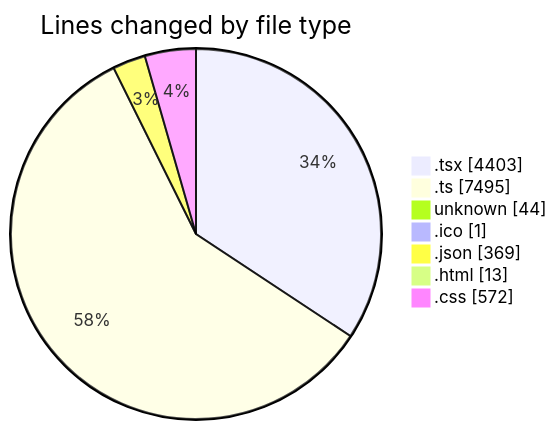
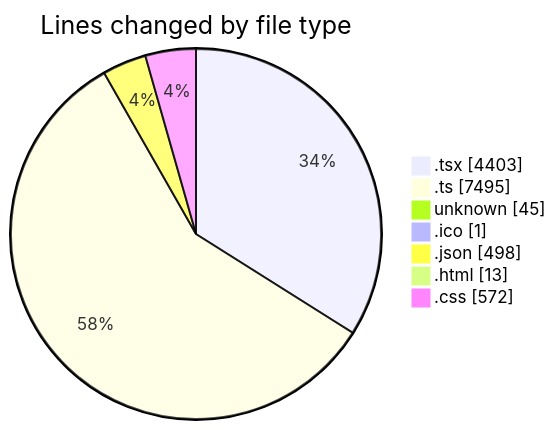
Before and after one commit to JenPaints/code-tracking: the first of 2 diagrams in 2025-06-20/modeljsondesigner/README.md, drawn with Mermaid. The commit also changed other lines of this file and 1 other file, not shown here.

````diff
--- a/2025-06-20/modeljsondesigner/README.md
+++ b/2025-06-20/modeljsondesigner/README.md
@@ -43,11 +43,11 @@
 ```mermaid
 pie showData
 title Lines changed by file type
 ".tsx" : 4403
 ".ts" : 7495
-"unknown" : 44
+"unknown" : 45
 ".ico" : 1
-".json" : 369
+".json" : 498
 ".html" : 13
 ".css" : 572
 ```
````
